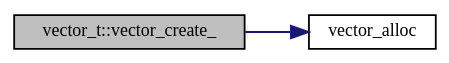
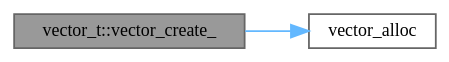
The diagram in docs/group__Vector_gae9c418efba1bbeb20a8becffe6a09b75_cgraph.dot (evjeesm/vector), drawn with Graphviz before and after one commit. The commit also changed 166 other files, not shown here.

```diff
--- a/docs/group__Vector_gae9c418efba1bbeb20a8becffe6a09b75_cgraph.dot
+++ b/docs/group__Vector_gae9c418efba1bbeb20a8becffe6a09b75_cgraph.dot
@@ -1,12 +1,12 @@
 digraph "vector_t::vector_create_"
 {
  // INTERACTIVE_SVG=YES
  // LATEX_PDF_SIZE
   bgcolor="transparent";
-  edge [fontname="Mononoki",fontsize="10",labelfontname="Mononoki",labelfontsize="10"];
-  node [fontname="Mononoki",fontsize="10",shape=record];
+  edge [fontname=Mononoki,fontsize=10,labelfontname=Mononoki,labelfontsize=10];
+  node [fontname=Mononoki,fontsize=10,shape=box,height=0.2,width=0.4];
   rankdir="LR";
-  Node1 [label="vector_t::vector_create_",height=0.2,width=0.4,color="black", fillcolor="grey75", style="filled", fontcolor="black",tooltip="Vector contructor."];
-  Node1 -> Node2 [color="midnightblue",fontsize="10",style="solid",fontname="Mononoki"];
-  Node2 [label="vector_alloc",height=0.2,width=0.4,color="black",URL="$group__Allocation.html#ga89098aef4a81474d9302ba1f8b1474b8",tooltip="Allocates memory chunk of alloc_size."];
+  Node1 [id="Node000001",label="vector_t::vector_create_",height=0.2,width=0.4,color="gray40", fillcolor="grey60", style="filled", fontcolor="black",tooltip="Vector contructor."];
+  Node1 -> Node2 [id="edge1_Node000001_Node000002",color="steelblue1",style="solid",tooltip=" "];
+  Node2 [id="Node000002",label="vector_alloc",height=0.2,width=0.4,color="grey40", fillcolor="white", style="filled",URL="$group__Allocation.html#gac06d4923e85171dfa1e3fae4f141b658",tooltip="Allocates memory chunk of alloc_size."];
 }
```
